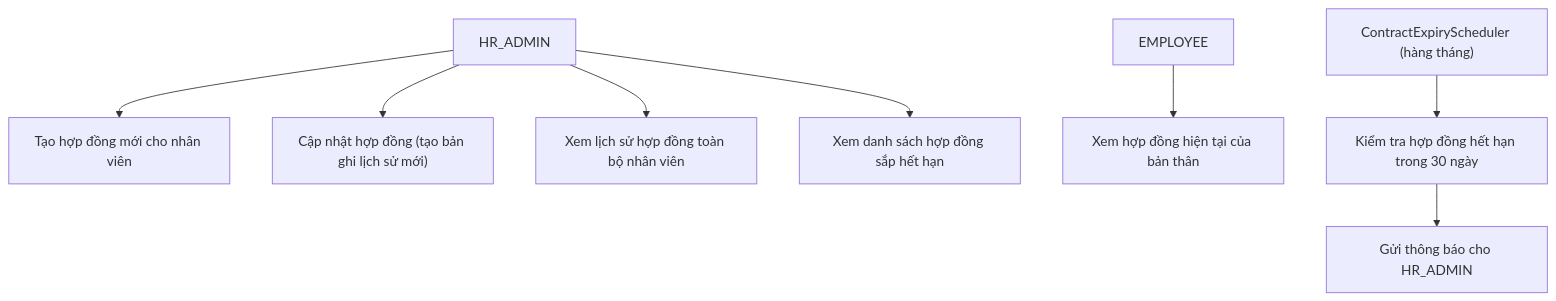
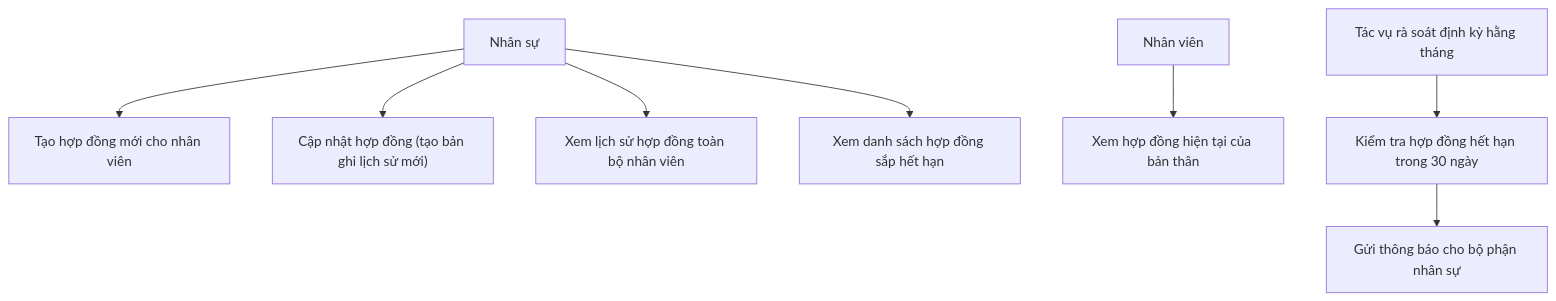
One commit to NBachTH/HRMS changed the fifth of 19 diagrams in docs/DATN_20204812_NguyenThanhBach/DATN_20204812_NguyenThanhBach.md. Above: the diagram before and after it, drawn with Mermaid. The commit also changed other lines of this file, not shown here.

````diff
--- a/docs/DATN_20204812_NguyenThanhBach/DATN_20204812_NguyenThanhBach.md
+++ b/docs/DATN_20204812_NguyenThanhBach/DATN_20204812_NguyenThanhBach.md
@@ -311,10 +287,10 @@
 ```mermaid
 graph TD
-    HR["HR_ADMIN"] --> A["Tạo hợp đồng mới cho nhân viên"]
+    HR["Nhân sự"] --> A["Tạo hợp đồng mới cho nhân viên"]
     HR --> B["Cập nhật hợp đồng (tạo bản ghi lịch sử mới)"]
     HR --> C["Xem lịch sử hợp đồng toàn bộ nhân viên"]
     HR --> D["Xem danh sách hợp đồng sắp hết hạn"]
-    EMP["EMPLOYEE"] --> E["Xem hợp đồng hiện tại của bản thân"]
-    SCHED["ContractExpiryScheduler (hàng tháng)"] --> F["Kiểm tra hợp đồng hết hạn trong 30 ngày"]
-    F --> G["Gửi thông báo cho HR_ADMIN"]
+    EMP["Nhân viên"] --> E["Xem hợp đồng hiện tại của bản thân"]
+    SCHED["Tác vụ rà soát định kỳ hằng tháng"] --> F["Kiểm tra hợp đồng hết hạn trong 30 ngày"]
+    F --> G["Gửi thông báo cho bộ phận nhân sự"]
 ```
````
